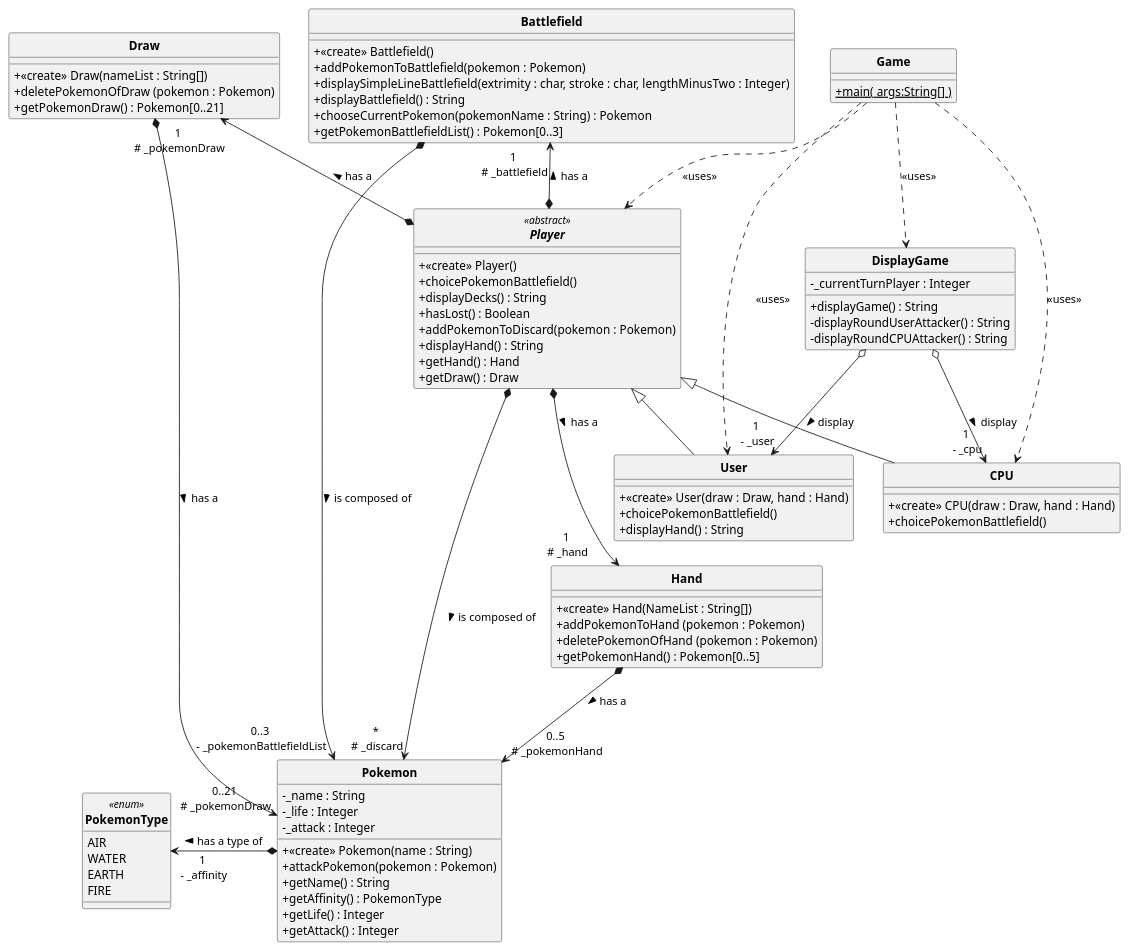
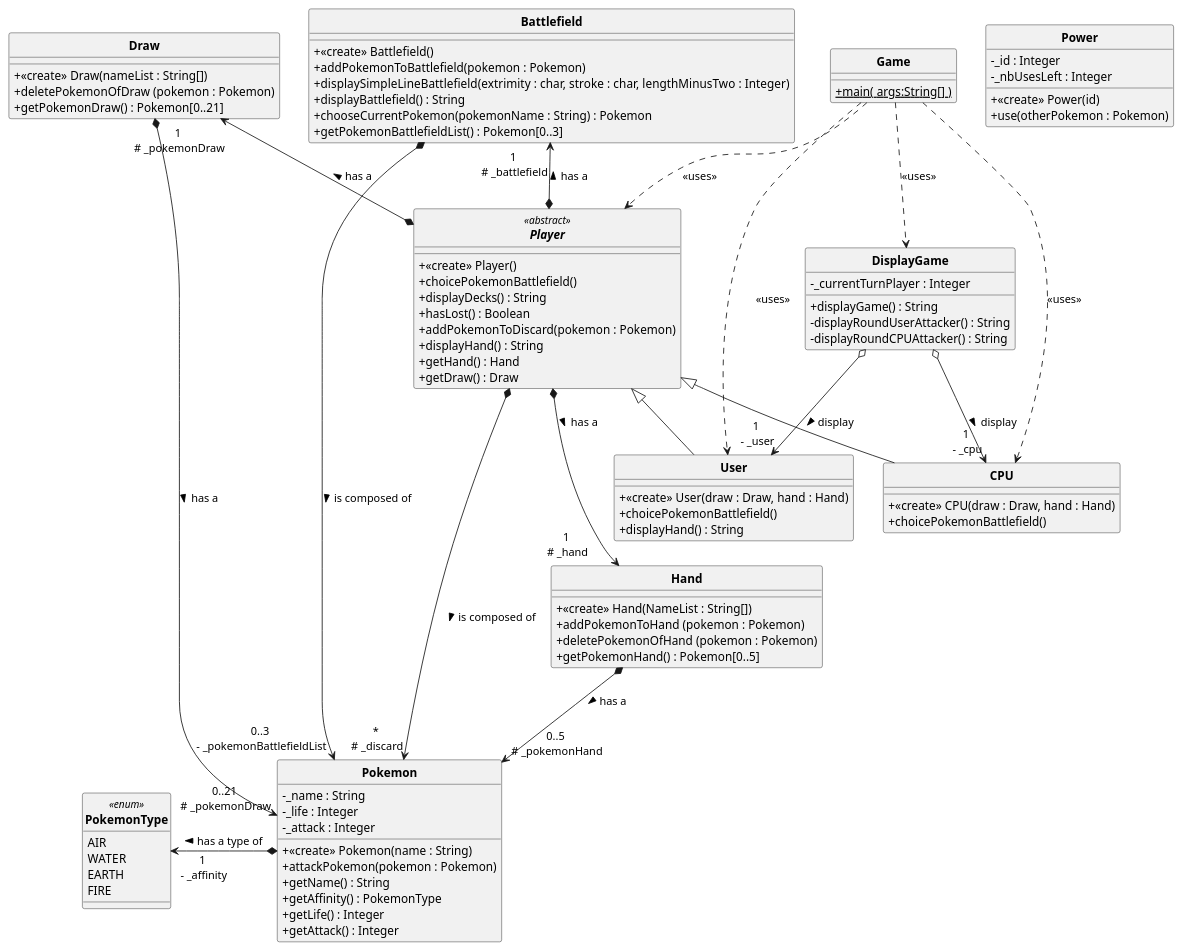
One commit to vfletschinger/Pokemon_Project changed the diagram in uml/semaine2.puml. Above: the diagram before and after it, drawn with PlantUML. The commit also changed 1 other file, not shown here.

Commit message:
Ajout class Power dans l'UML

```diff
--- a/uml/semaine2.puml
+++ b/uml/semaine2.puml
@@ -1,104 +1,111 @@
  @startuml
 'https://plantuml.com/sequence-diagram
 
 
 'configuration du style
 skinparam style strictuml
 skinparam classAttributeIconSize 0
 skinparam classFontStyle Bold
 
 
 class Game  {
 	+ {static} main( args:String[] )
 }
 
 class Pokemon {
     - _name : String
     - _life : Integer
     - _attack : Integer
     + <<create>> Pokemon(name : String)
     + attackPokemon(pokemon : Pokemon)
     + getName() : String
     + getAffinity() : PokemonType
     + getLife() : Integer
     + getAttack() : Integer
 }
 
 enum PokemonType <<enum>>{
     AIR
     WATER
     EARTH
     FIRE
 }
 'On pourrait contenir cette énumération comme des "sous classes" de Pokemon'
 
 
 abstract class Player <<abstract>>{
     + <<create>> Player()
     + choicePokemonBattlefield()
     + displayDecks() : String
     + hasLost() : Boolean
     + addPokemonToDiscard(pokemon : Pokemon)
     + displayHand() : String
     + getHand() : Hand
     + getDraw() : Draw
 }
 
 class User extends Player {
     + <<create>> User(draw : Draw, hand : Hand)
     + choicePokemonBattlefield()
     + displayHand() : String
 }
 
 class CPU extends Player {
     + <<create>> CPU(draw : Draw, hand : Hand)
     + choicePokemonBattlefield()
 }
 
 class Battlefield {
     + <<create>> Battlefield()
     + addPokemonToBattlefield(pokemon : Pokemon)
     + displaySimpleLineBattlefield(extrimity : char, stroke : char, lengthMinusTwo : Integer)
     + displayBattlefield() : String
     + chooseCurrentPokemon(pokemonName : String) : Pokemon
     + getPokemonBattlefieldList() : Pokemon[0..3]
 }
 
 class DisplayGame {
     - _currentTurnPlayer : Integer
     + displayGame() : String
     - displayRoundUserAttacker() : String
     - displayRoundCPUAttacker() : String
 }
 
 class Draw{
     +<<create>> Draw(nameList : String[])
     + deletePokemonOfDraw (pokemon : Pokemon)
     + getPokemonDraw() : Pokemon[0..21]
 }
 
 class Hand{
     +<<create>> Hand(NameList : String[])
     + addPokemonToHand (pokemon : Pokemon)
     + deletePokemonOfHand (pokemon : Pokemon)
     + getPokemonHand() : Pokemon[0..5]
 }
 
+class Power{
+    - _id : Integer
+    - _nbUsesLeft : Integer
+    + <<create>> Power(id)
+    + use(otherPokemon : Pokemon)
+}
+
 Player *-u-> "1\n # _battlefield" Battlefield : > has a
 Player *-u-> "1\n # _pokemonDraw" Draw : > has a
 Player *-d---> "*\n # _discard" Pokemon : > is composed of
 Player *--> "1\n # _hand" Hand : > has a
 Draw *--> "0..21\n # _pokemonDraw" Pokemon : > has a
 Hand *--> "0..5\n # _pokemonHand" Pokemon : > has a
 Battlefield *--> "0..3\n - _pokemonBattlefieldList" Pokemon : > is composed of
 DisplayGame o--> "1\n - _user" User : > display
 DisplayGame o--> "1\n - _cpu" CPU : > display
 Pokemon *-l-> "1\n - _affinity" PokemonType : > has a type of
 
 Game .d.> Player : <<uses>>
 Game .d.> DisplayGame : <<uses>>
 Game .d.> CPU : <<uses>>
 Game .d.> User : <<uses>>
 
 
 @enduml
```
